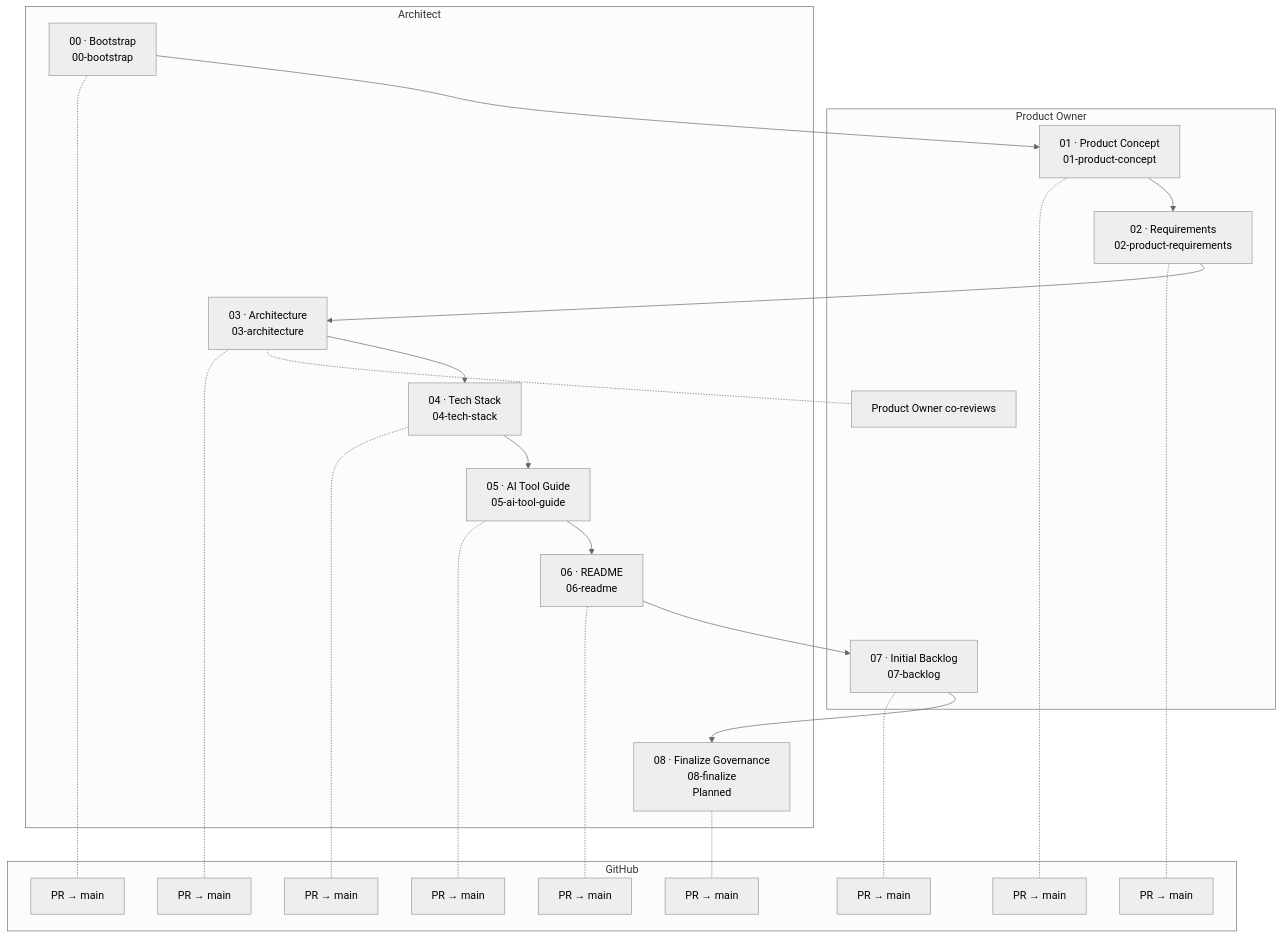
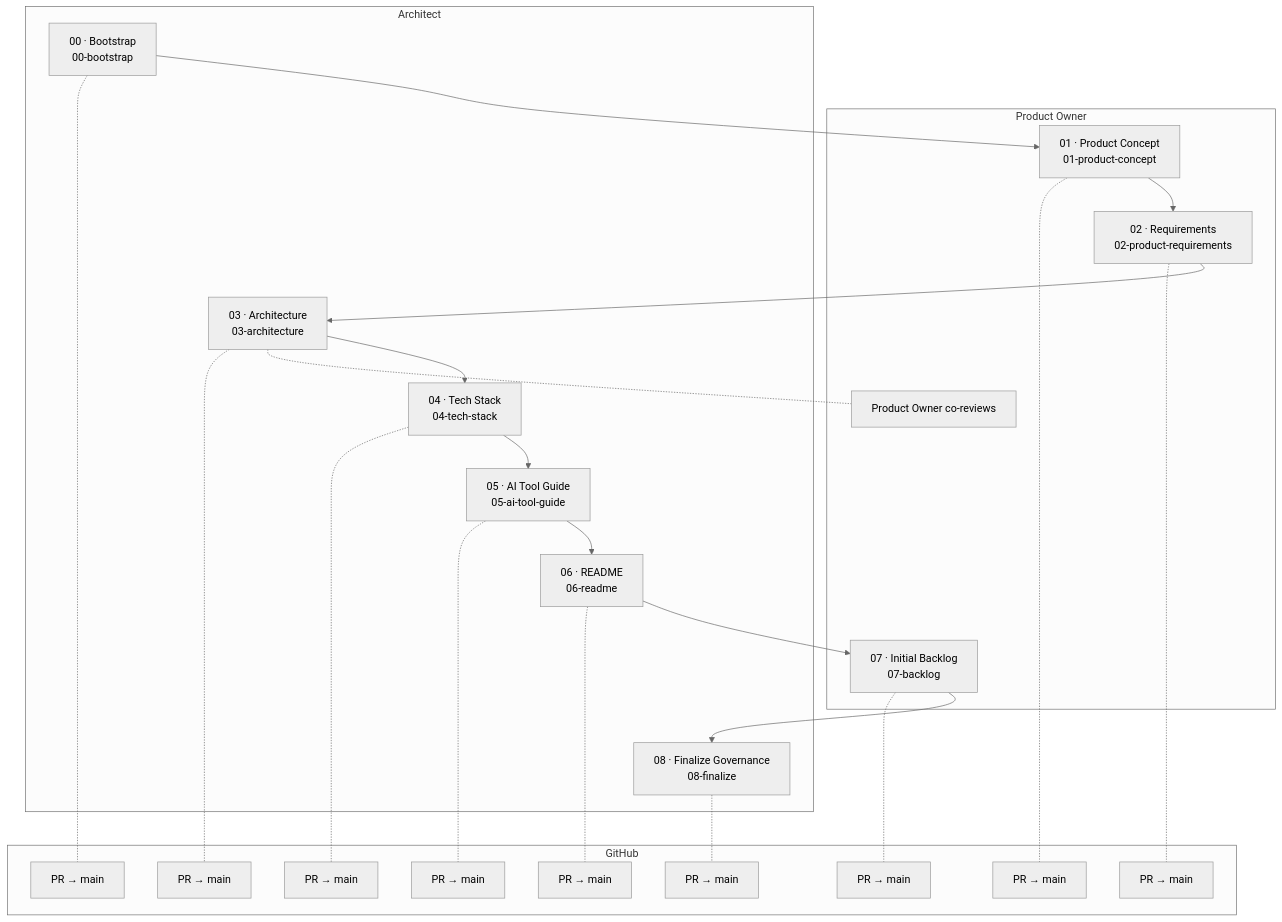
Before and after one commit to viralparikh-dev/cuevik-plugins: the first of 3 diagrams in docs/guides/Cuevik-Plugins_Walkthrough.md, drawn with Mermaid (neutral theme). The commit also changed other lines of this file and 11 other files, not shown here.

````diff
--- a/docs/guides/Cuevik-Plugins_Walkthrough.md
+++ b/docs/guides/Cuevik-Plugins_Walkthrough.md
@@ -80,46 +80,46 @@
 ```mermaid
 flowchart TB
   subgraph PO["Product Owner"]
     M1["01 · Product Concept<br/>01-product-concept"]
     M2["02 · Requirements<br/>02-product-requirements"]
     S3_1["Product Owner co-reviews"]
     M7["07 · Initial Backlog<br/>07-backlog"]
   end
   subgraph AR["Architect"]
     M0["00 · Bootstrap<br/>00-bootstrap"]
     M3["03 · Architecture<br/>03-architecture"]
     M4["04 · Tech Stack<br/>04-tech-stack"]
     M5["05 · AI Tool Guide<br/>05-ai-tool-guide"]
     M6["06 · README<br/>06-readme"]
-    M8["08 · Finalize Governance<br/>08-finalize<br/>Planned"]
+    M8["08 · Finalize Governance<br/>08-finalize"]
   end
   subgraph GH["GitHub"]
     S0_0["PR → main"]
     S1_0["PR → main"]
     S2_0["PR → main"]
     S3_0["PR → main"]
     S4_0["PR → main"]
     S5_0["PR → main"]
     S6_0["PR → main"]
     S7_0["PR → main"]
     S8_0["PR → main"]
   end
   M0 -.- S0_0
   M0 --> M1
   M1 -.- S1_0
   M1 --> M2
   M2 -.- S2_0
   M2 --> M3
   M3 -.- S3_0
   M3 -.- S3_1
   M3 --> M4
   M4 -.- S4_0
   M4 --> M5
   M5 -.- S5_0
   M5 --> M6
   M6 -.- S6_0
   M6 --> M7
   M7 -.- S7_0
   M7 --> M8
   M8 -.- S8_0
 ```
````
